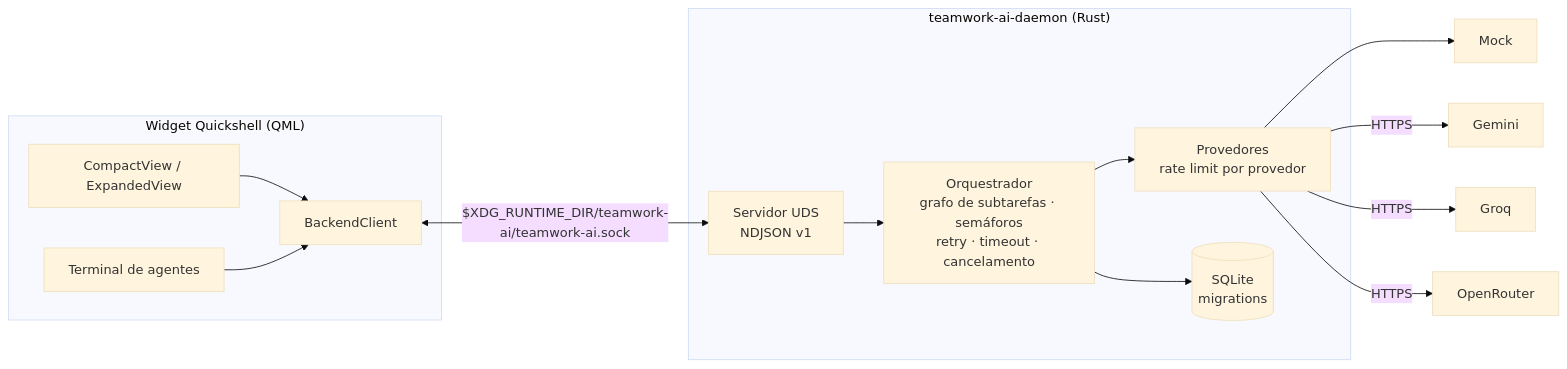
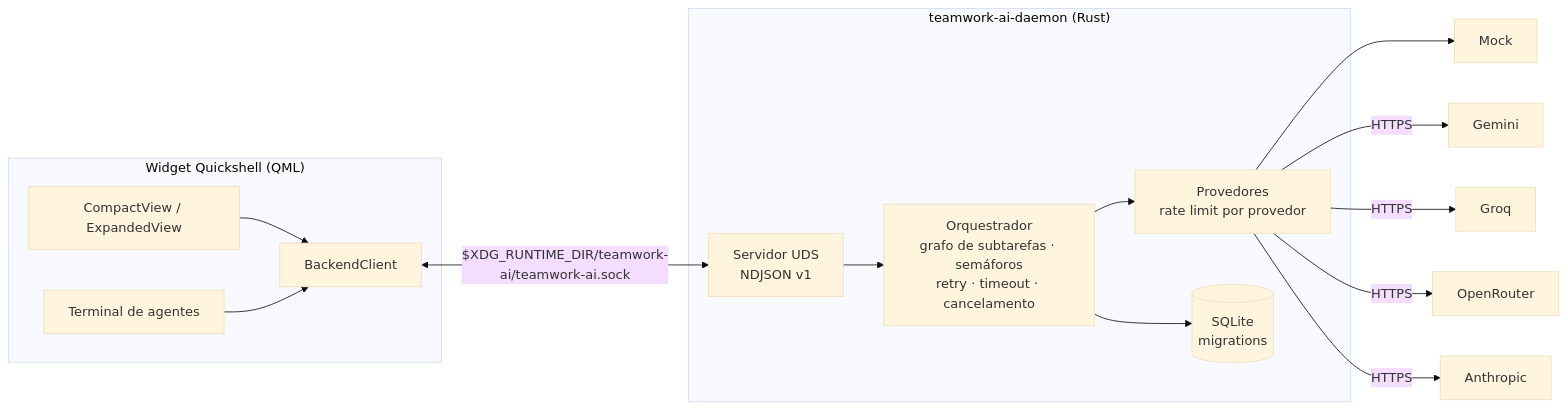
Before and after one commit to JhonathanCosta-Dev/TeamWork.ai: the diagram in README.md, drawn with Mermaid (base theme). The commit also changed other lines of this file and 42 other files, not shown here.

````diff
--- a/README.md
+++ b/README.md
@@ -17,29 +17,31 @@
 ```mermaid
 flowchart LR
     subgraph Widget["Widget Quickshell (QML)"]
         UI[CompactView / ExpandedView]
         Term[Terminal de agentes]
         BC[BackendClient]
     end
     subgraph Daemon["teamwork-ai-daemon (Rust)"]
         SRV[Servidor UDS<br/>NDJSON v1]
         ORCH[Orquestrador<br/>grafo de subtarefas · semáforos<br/>retry · timeout · cancelamento]
         PROV[Provedores<br/>rate limit por provedor]
         DB[(SQLite<br/>migrations)]
     end
     MOCK[Mock]
     GEM[Gemini]
     GROQ[Groq]
     OR[OpenRouter]
+    ANTH[Anthropic]
 
     UI --> BC
     Term --> BC
     BC <-->|"$XDG_RUNTIME_DIR/teamwork-ai/teamwork-ai.sock"| SRV
     SRV --> ORCH
     ORCH --> PROV
     ORCH --> DB
     PROV --> MOCK
     PROV -->|HTTPS| GEM
     PROV -->|HTTPS| GROQ
     PROV -->|HTTPS| OR
+    PROV -->|HTTPS| ANTH
 ```
````
